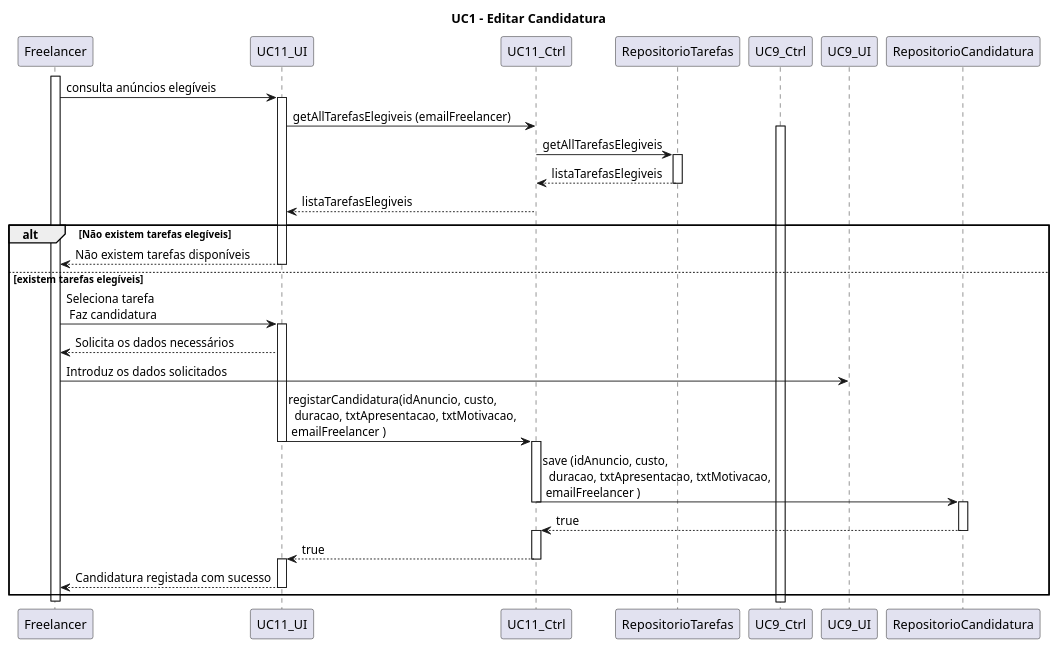
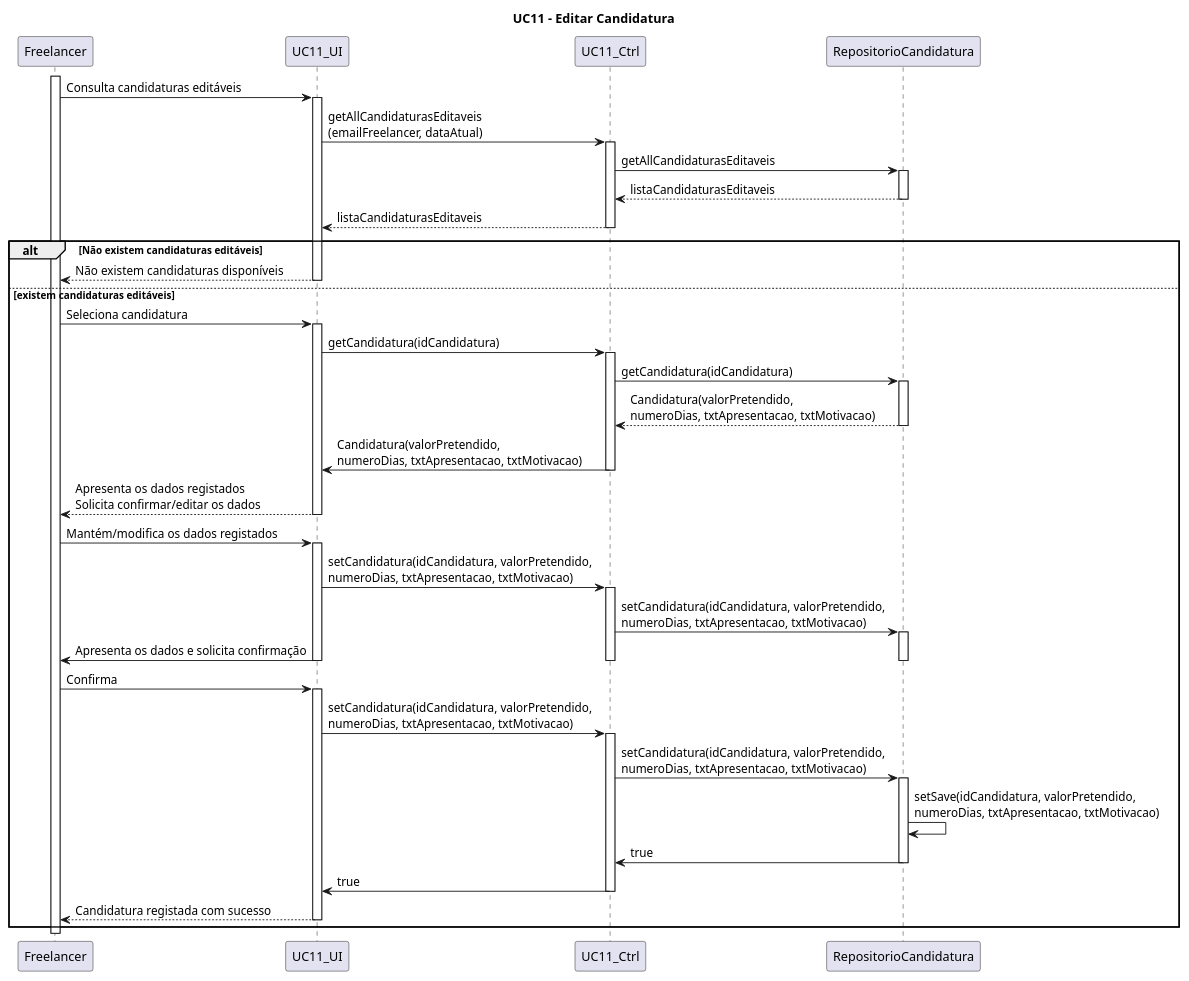
One commit to blestonbandeiraUPSKILL/upskill_java1_labprg_grupo2 changed the diagram in Documentação/Sprint 4/UC11_Editar_Candidatura/UC11_Editar_Candidatura_Diag_Seq.plantuml. Above: the diagram before and after it, drawn with PlantUML. The commit also changed 6 other files, not shown here.

```diff
--- a/Documentação/Sprint 4/UC11_Editar_Candidatura/UC11_Editar_Candidatura_Diag_Seq.plantuml
+++ b/Documentação/Sprint 4/UC11_Editar_Candidatura/UC11_Editar_Candidatura_Diag_Seq.plantuml
@@ -1,45 +1,62 @@
 @startuml
 
 participant Freelancer
 participant UC11_UI
 participant UC11_Ctrl
-participant RepositorioTarefas
+participant RepositorioCandidatura
 
 
-title UC1 - Editar Candidatura
+title UC11 - Editar Candidatura
 activate Freelancer
-Freelancer -> UC11_UI : consulta anúncios elegíveis
+Freelancer -> UC11_UI : Consulta candidaturas editáveis
 activate UC11_UI
-UC11_UI -> UC11_Ctrl : getAllTarefasElegiveis (emailFreelancer)
-activate UC9_Ctrl
-UC11_Ctrl -> RepositorioTarefas : getAllTarefasElegiveis
-activate RepositorioTarefas
-RepositorioTarefas --> UC11_Ctrl : listaTarefasElegiveis
-deactivate RepositorioTarefas
-UC11_Ctrl --> UC11_UI : listaTarefasElegiveis
+UC11_UI -> UC11_Ctrl : getAllCandidaturasEditaveis \n(emailFreelancer, dataAtual)
+activate UC11_Ctrl
+UC11_Ctrl -> RepositorioCandidatura : getAllCandidaturasEditaveis
+activate RepositorioCandidatura
+RepositorioCandidatura --> UC11_Ctrl : listaCandidaturasEditaveis
+deactivate RepositorioCandidatura
+UC11_Ctrl --> UC11_UI : listaCandidaturasEditaveis
 deactivate UC11_Ctrl
-alt Não existem tarefas elegíveis
-UC11_UI --> Freelancer : Não existem tarefas disponíveis
+alt Não existem candidaturas editáveis
+UC11_UI --> Freelancer : Não existem candidaturas disponíveis
 deactivate UC11_UI
-else existem tarefas elegíveis
-Freelancer -> UC11_UI : Seleciona tarefa \n Faz candidatura
+else existem candidaturas editáveis
+Freelancer -> UC11_UI : Seleciona candidatura
 activate UC11_UI
-UC11_UI --> Freelancer : Solicita os dados necessários
-Freelancer -> UC9_UI : Introduz os dados solicitados
-UC11_UI -> UC11_Ctrl : registarCandidatura(idAnuncio, custo,\n  duracao, txtApresentacao, txtMotivacao,\n emailFreelancer )
+UC11_UI -> UC11_Ctrl : getCandidatura(idCandidatura)
+activate UC11_Ctrl
+UC11_Ctrl -> RepositorioCandidatura : getCandidatura(idCandidatura)
+activate RepositorioCandidatura
+RepositorioCandidatura --> UC11_Ctrl : Candidatura(valorPretendido, \nnumeroDias, txtApresentacao, txtMotivacao)
+deactivate RepositorioCandidatura
+UC11_Ctrl -> UC11_UI : Candidatura(valorPretendido, \nnumeroDias, txtApresentacao, txtMotivacao)
+deactivate UC11_Ctrl
+UC11_UI --> Freelancer : Apresenta os dados registados \nSolicita confirmar/editar os dados
 deactivate UC11_UI
+Freelancer -> UC11_UI : Mantém/modifica os dados registados
+activate UC11_UI
+UC11_UI -> UC11_Ctrl : setCandidatura(idCandidatura, valorPretendido, \nnumeroDias, txtApresentacao, txtMotivacao)
 activate UC11_Ctrl
-UC11_Ctrl -> RepositorioCandidatura : save (idAnuncio, custo,\n  duracao, txtApresentacao, txtMotivacao,\n emailFreelancer )
+UC11_Ctrl -> RepositorioCandidatura : setCandidatura(idCandidatura, valorPretendido, \nnumeroDias, txtApresentacao, txtMotivacao)
+activate RepositorioCandidatura
+UC11_UI -> Freelancer : Apresenta os dados e solicita confirmação
+deactivate RepositorioCandidatura
 deactivate UC11_Ctrl
+deactivate UC11_UI
+Freelancer -> UC11_UI : Confirma
+activate UC11_UI
+UC11_UI -> UC11_Ctrl : setCandidatura(idCandidatura, valorPretendido, \nnumeroDias, txtApresentacao, txtMotivacao)
+activate UC11_Ctrl
+UC11_Ctrl -> RepositorioCandidatura : setCandidatura(idCandidatura, valorPretendido, \nnumeroDias, txtApresentacao, txtMotivacao)
 activate RepositorioCandidatura
-RepositorioCandidatura --> UC11_Ctrl : true
+RepositorioCandidatura -> RepositorioCandidatura : setSave(idCandidatura, valorPretendido, \nnumeroDias, txtApresentacao, txtMotivacao)
+RepositorioCandidatura -> UC11_Ctrl : true
 deactivate RepositorioCandidatura
-activate UC11_Ctrl
-UC11_Ctrl --> UC11_UI : true
+UC11_Ctrl -> UC11_UI : true
 deactivate UC11_Ctrl
-activate UC11_UI
 UC11_UI --> Freelancer : Candidatura registada com sucesso
 deactivate UC11_UI
 end
 deactivate Freelancer
 @enduml
```
